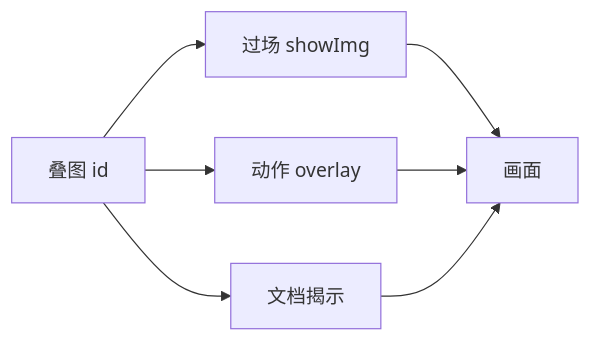
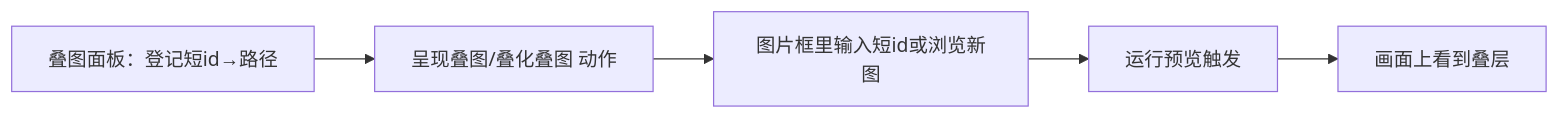
The diagram in docs/editors/panels/overlay.md (wubugui/GDoc), drawn with Mermaid before and after one commit. The commit also changed other lines of this file and 112 other files, not shown here.

````diff
--- a/docs/editors/panels/overlay.md
+++ b/docs/editors/panels/overlay.md
@@ -39,9 +31,7 @@
 ```mermaid
 flowchart LR
-  O[叠图 id] --> CU[过场 showImg]
-  O --> AC[动作 overlay]
-  O --> DR[文档揭示]
-  CU --> G[画面]
-  AC --> G
-  DR --> G
+  A[叠图面板：登记短id→路径] --> B[呈现叠图/叠化叠图 动作]
+  B --> C[图片框里输入短id或浏览新图]
+  C --> D[运行预览触发]
+  D --> E[画面上看到叠层]
 ```
````
